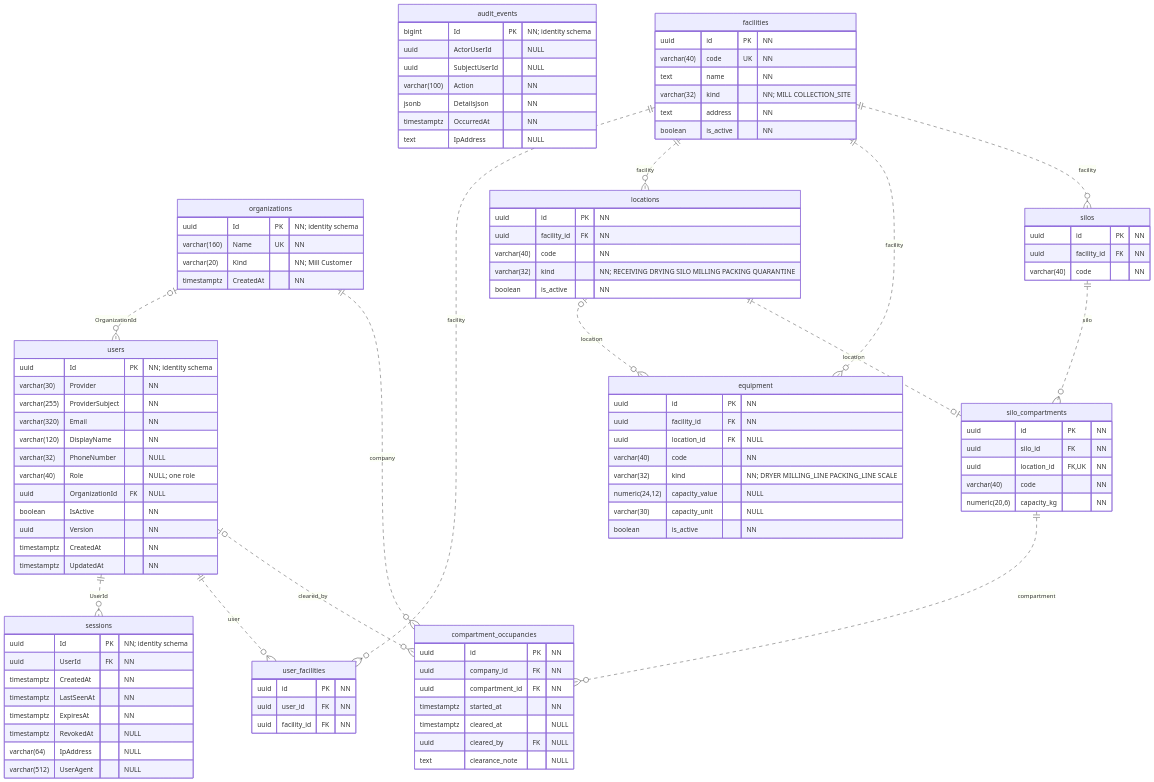
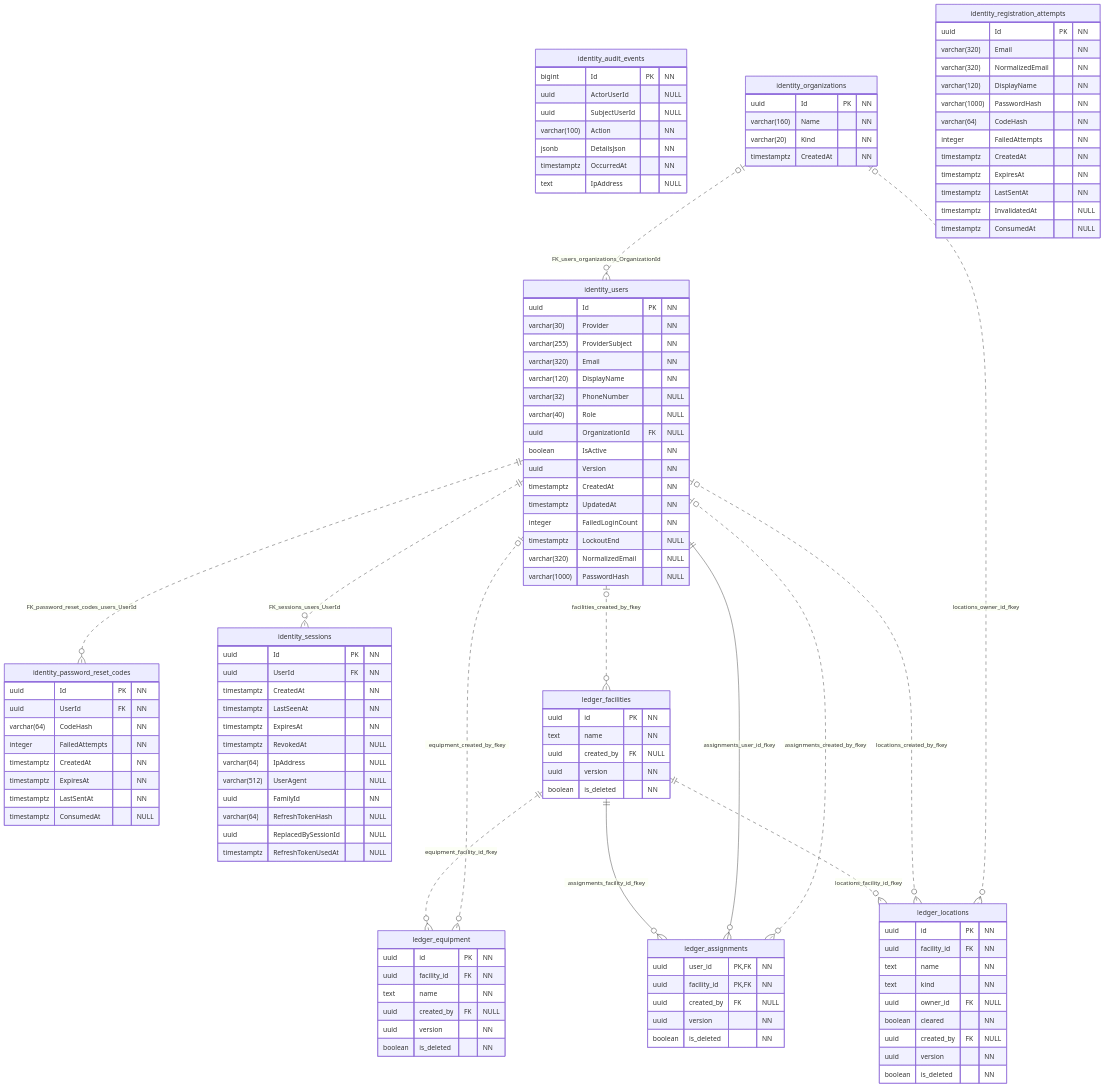
Before and after one commit to GrainLedgerProject/GrainLedger: the diagram in docs/dbdiagram/01-platform-and-tenant-administration.mmd, drawn with Mermaid. The commit also changed 16 other files, not shown here.

Commit message:
docs(api): sync database diagrams with deployed schema

```diff
--- a/docs/dbdiagram/01-platform-and-tenant-administration.mmd
+++ b/docs/dbdiagram/01-platform-and-tenant-administration.mmd
@@ -1,106 +1,131 @@
 erDiagram
-    %% Identity tables reflect current EF migrations. Other tables remain planned V2 design.
-    %% NN = NOT NULL; NULL = nullable. Composite FKs and indexes are in DBML.
-    organizations {
-        uuid Id PK "NN; identity schema"
-        varchar(160) Name UK "NN"
-        varchar(20) Kind "NN; Mill Customer"
+    %% Live catalog snapshot 2026-10-19. Exact type aliases: varchar(n)=character varying(n); timestamptz=timestamp with time zone.
+    %% NN = NOT NULL; NULL = nullable. PK/FK mark catalog constraints; FK labels are exact constraint names.
+
+    %% identity.audit_events — full table
+    identity_audit_events {
+        bigint Id PK "NN"
+        uuid ActorUserId "NULL"
+        uuid SubjectUserId "NULL"
+        varchar(100) Action "NN"
+        jsonb DetailsJson "NN"
+        timestamptz OccurredAt "NN"
+        text IpAddress "NULL"
+    }
+    %% identity.organizations — full table
+    identity_organizations {
+        uuid Id PK "NN"
+        varchar(160) Name "NN"
+        varchar(20) Kind "NN"
         timestamptz CreatedAt "NN"
     }
-    users {
-        uuid Id PK "NN; identity schema"
-        varchar(30) Provider "NN"
-        varchar(255) ProviderSubject "NN"
+    %% identity.password_reset_codes — full table
+    identity_password_reset_codes {
+        uuid Id PK "NN"
+        uuid UserId FK "NN"
+        varchar(64) CodeHash "NN"
+        integer FailedAttempts "NN"
+        timestamptz CreatedAt "NN"
+        timestamptz ExpiresAt "NN"
+        timestamptz LastSentAt "NN"
+        timestamptz ConsumedAt "NULL"
+    }
+    %% identity.registration_attempts — full table
+    identity_registration_attempts {
+        uuid Id PK "NN"
         varchar(320) Email "NN"
+        varchar(320) NormalizedEmail "NN"
         varchar(120) DisplayName "NN"
-        varchar(32) PhoneNumber "NULL"
-        varchar(40) Role "NULL; one role"
-        uuid OrganizationId FK "NULL"
-        boolean IsActive "NN"
-        uuid Version "NN"
+        varchar(1000) PasswordHash "NN"
+        varchar(64) CodeHash "NN"
+        integer FailedAttempts "NN"
         timestamptz CreatedAt "NN"
-        timestamptz UpdatedAt "NN"
+        timestamptz ExpiresAt "NN"
+        timestamptz LastSentAt "NN"
+        timestamptz InvalidatedAt "NULL"
+        timestamptz ConsumedAt "NULL"
     }
-    sessions {
-        uuid Id PK "NN; identity schema"
+    %% identity.sessions — full table
+    identity_sessions {
+        uuid Id PK "NN"
         uuid UserId FK "NN"
         timestamptz CreatedAt "NN"
         timestamptz LastSeenAt "NN"
         timestamptz ExpiresAt "NN"
         timestamptz RevokedAt "NULL"
         varchar(64) IpAddress "NULL"
         varchar(512) UserAgent "NULL"
+        uuid FamilyId "NN"
+        varchar(64) RefreshTokenHash "NULL"
+        uuid ReplacedBySessionId "NULL"
+        timestamptz RefreshTokenUsedAt "NULL"
     }
-    audit_events {
-        bigint Id PK "NN; identity schema"
-        uuid ActorUserId "NULL"
-        uuid SubjectUserId "NULL"
-        varchar(100) Action "NN"
-        jsonb DetailsJson "NN"
-        timestamptz OccurredAt "NN"
-        text IpAddress "NULL"
+    %% identity.users — full table
+    identity_users {
+        uuid Id PK "NN"
+        varchar(30) Provider "NN"
+        varchar(255) ProviderSubject "NN"
+        varchar(320) Email "NN"
+        varchar(120) DisplayName "NN"
+        varchar(32) PhoneNumber "NULL"
+        varchar(40) Role "NULL"
+        uuid OrganizationId FK "NULL"
+        boolean IsActive "NN"
+        uuid Version "NN"
+        timestamptz CreatedAt "NN"
+        timestamptz UpdatedAt "NN"
+        integer FailedLoginCount "NN"
+        timestamptz LockoutEnd "NULL"
+        varchar(320) NormalizedEmail "NULL"
+        varchar(1000) PasswordHash "NULL"
     }
-    facilities {
-        uuid id PK "NN"
-        varchar(40) code UK "NN"
-        text name "NN"
-        varchar(32) kind "NN; MILL COLLECTION_SITE"
-        text address "NN"
-        boolean is_active "NN"
+    %% ledger.assignments — full table
+    ledger_assignments {
+        uuid user_id PK,FK "NN"
+        uuid facility_id PK,FK "NN"
+        uuid created_by FK "NULL"
+        uuid version "NN"
+        boolean is_deleted "NN"
     }
-    user_facilities {
-        uuid id PK "NN"
-        uuid user_id FK "NN"
-        uuid facility_id FK "NN"
-    }
-    locations {
+    %% ledger.equipment — full table
+    ledger_equipment {
         uuid id PK "NN"
         uuid facility_id FK "NN"
-        varchar(40) code "NN"
-        varchar(32) kind "NN; RECEIVING DRYING SILO MILLING PACKING QUARANTINE"
-        boolean is_active "NN"
+        text name "NN"
+        uuid created_by FK "NULL"
+        uuid version "NN"
+        boolean is_deleted "NN"
     }
-    equipment {
+    %% ledger.facilities — full table
+    ledger_facilities {
+        uuid id PK "NN"
+        text name "NN"
+        uuid created_by FK "NULL"
+        uuid version "NN"
+        boolean is_deleted "NN"
+    }
+    %% ledger.locations — full table
+    ledger_locations {
         uuid id PK "NN"
         uuid facility_id FK "NN"
-        uuid location_id FK "NULL"
-        varchar(40) code "NN"
-        varchar(32) kind "NN; DRYER MILLING_LINE PACKING_LINE SCALE"
-        numeric(24,12) capacity_value "NULL"
-        varchar(30) capacity_unit "NULL"
-        boolean is_active "NN"
+        text name "NN"
+        text kind "NN"
+        uuid owner_id FK "NULL"
+        boolean cleared "NN"
+        uuid created_by FK "NULL"
+        uuid version "NN"
+        boolean is_deleted "NN"
     }
-    silos {
-        uuid id PK "NN"
-        uuid facility_id FK "NN"
-        varchar(40) code "NN"
-    }
-    silo_compartments {
-        uuid id PK "NN"
-        uuid silo_id FK "NN"
-        uuid location_id FK,UK "NN"
-        varchar(40) code "NN"
-        numeric(20,6) capacity_kg "NN"
-    }
-    compartment_occupancies {
-        uuid id PK "NN"
-        uuid company_id FK "NN"
-        uuid compartment_id FK "NN"
-        timestamptz started_at "NN"
-        timestamptz cleared_at "NULL"
-        uuid cleared_by FK "NULL"
-        text clearance_note "NULL"
-    }
-    organizations o|..o{ users : OrganizationId
-    users ||..o{ sessions : UserId
-    users ||..o{ user_facilities : user
-    facilities ||..o{ user_facilities : facility
-    facilities ||..o{ locations : facility
-    facilities ||..o{ equipment : facility
-    locations o|..o{ equipment : location
-    facilities ||..o{ silos : facility
-    silos ||..o{ silo_compartments : silo
-    locations ||..o| silo_compartments : location
-    organizations ||..o{ compartment_occupancies : company
-    silo_compartments ||..o{ compartment_occupancies : compartment
-    users o|..o{ compartment_occupancies : cleared_by
+
+    identity_organizations o|..o{ identity_users : "FK_users_organizations_OrganizationId"
+    identity_organizations o|..o{ ledger_locations : "locations_owner_id_fkey"
+    identity_users o|..o{ ledger_assignments : "assignments_created_by_fkey"
+    identity_users o|..o{ ledger_equipment : "equipment_created_by_fkey"
+    identity_users o|..o{ ledger_facilities : "facilities_created_by_fkey"
+    identity_users o|..o{ ledger_locations : "locations_created_by_fkey"
+    identity_users ||--o{ ledger_assignments : "assignments_user_id_fkey"
+    identity_users ||..o{ identity_password_reset_codes : "FK_password_reset_codes_users_UserId"
+    identity_users ||..o{ identity_sessions : "FK_sessions_users_UserId"
+    ledger_facilities ||--o{ ledger_assignments : "assignments_facility_id_fkey"
+    ledger_facilities ||..o{ ledger_equipment : "equipment_facility_id_fkey"
+    ledger_facilities ||..o{ ledger_locations : "locations_facility_id_fkey"
```
